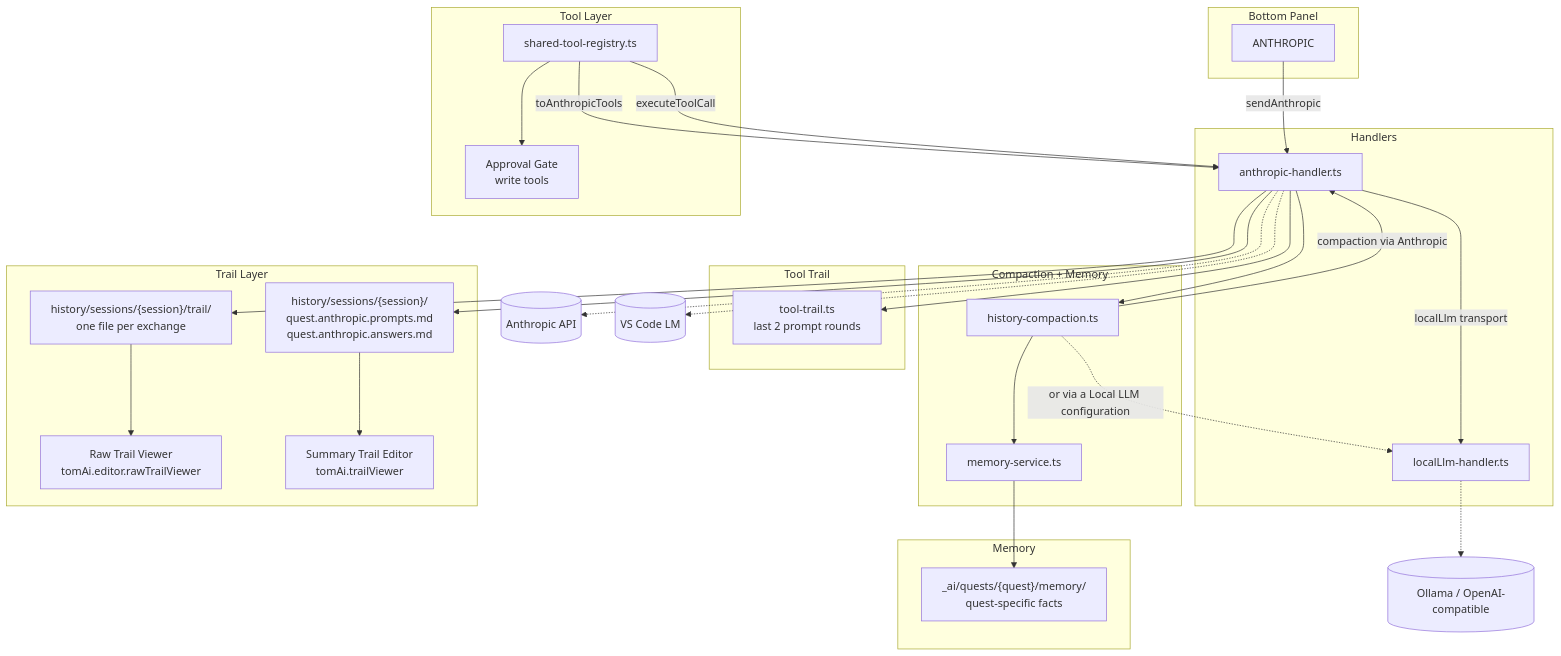
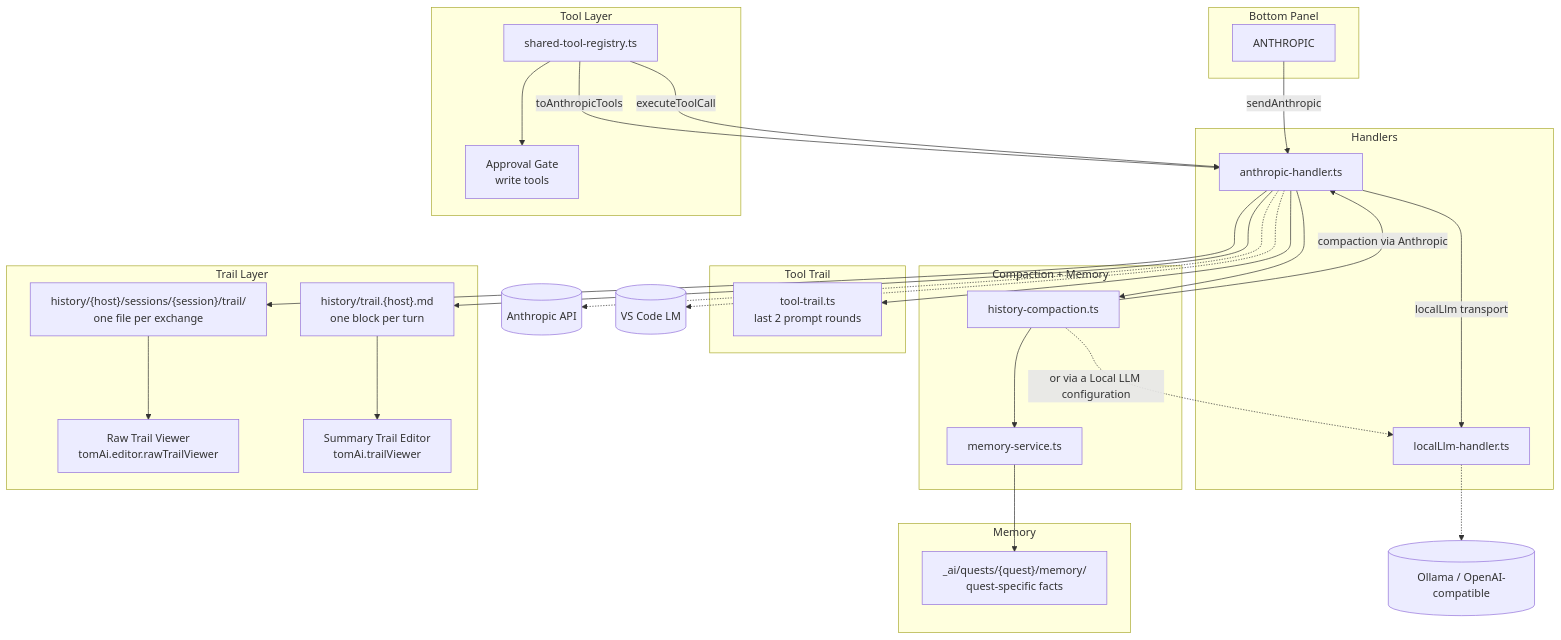
The second of 9 diagrams in tom_vscode_extension/doc/anthropic_sdk_integration.md (al-the-bear/tom_vscode), drawn with Mermaid before and after one commit. The commit also changed other lines of this file and 195 other files, not shown here.

First line of the commit message:
Per-host sessions and trail, Q and A journal and page, derived quest history, Recent Prompts

````diff
--- a/tom_vscode_extension/doc/anthropic_sdk_integration.md
+++ b/tom_vscode_extension/doc/anthropic_sdk_integration.md
@@ -62,56 +62,56 @@
 ```mermaid
 graph TD
     subgraph Panel["Bottom Panel"]
         PA[ANTHROPIC]
     end
 
     subgraph Handlers
         AH[anthropic-handler.ts]
         LH[localLlm-handler.ts]
     end
 
     subgraph ToolLayer["Tool Layer"]
         TR[shared-tool-registry.ts]
         TR -->|toAnthropicTools| AH
         TR -->|executeToolCall| AH
         APPR[Approval Gate\nwrite tools]
         TR --> APPR
     end
 
     subgraph CompactionLayer["Compaction + Memory"]
         HC[history-compaction.ts]
         MS[memory-service.ts]
         HC -->|compaction via Anthropic| AH
         HC -.->|or via a Local LLM configuration| LH
     end
 
     subgraph ToolTrailLayer["Tool Trail"]
         TT[tool-trail.ts\nlast 2 prompt rounds]
         AH --> TT
     end
 
     subgraph TrailLayer["Trail Layer"]
-        RAWA["history/sessions/{session}/trail/\none file per exchange"]
-        COMPACT["history/sessions/{session}/\nquest.anthropic.prompts.md\nquest.anthropic.answers.md"]
+        RAWA["history/{host}/sessions/{session}/trail/\none file per exchange"]
+        COMPACT["history/trail.{host}.md\none block per turn"]
         RTV["Raw Trail Viewer\ntomAi.editor.rawTrailViewer"]
         STE["Summary Trail Editor\ntomAi.trailViewer"]
     end
     RAWA --> RTV
     COMPACT --> STE
 
     subgraph MemoryLayer["Memory"]
         MEMQ["_ai/quests/{quest}/memory/\nquest-specific facts"]
     end
 
     PA -->|sendAnthropic| AH
     AH -->|localLlm transport| LH
     AH --> RAWA
     AH --> COMPACT
     AH --> HC
     HC --> MS
     MS --> MEMQ
 
     LH -.-> OLLAMA[(Ollama / OpenAI-compatible)]
     AH -.-> ANTHROPIC[(Anthropic API)]
     AH -.-> VSCODELM[(VS Code LM)]
 ```
````
